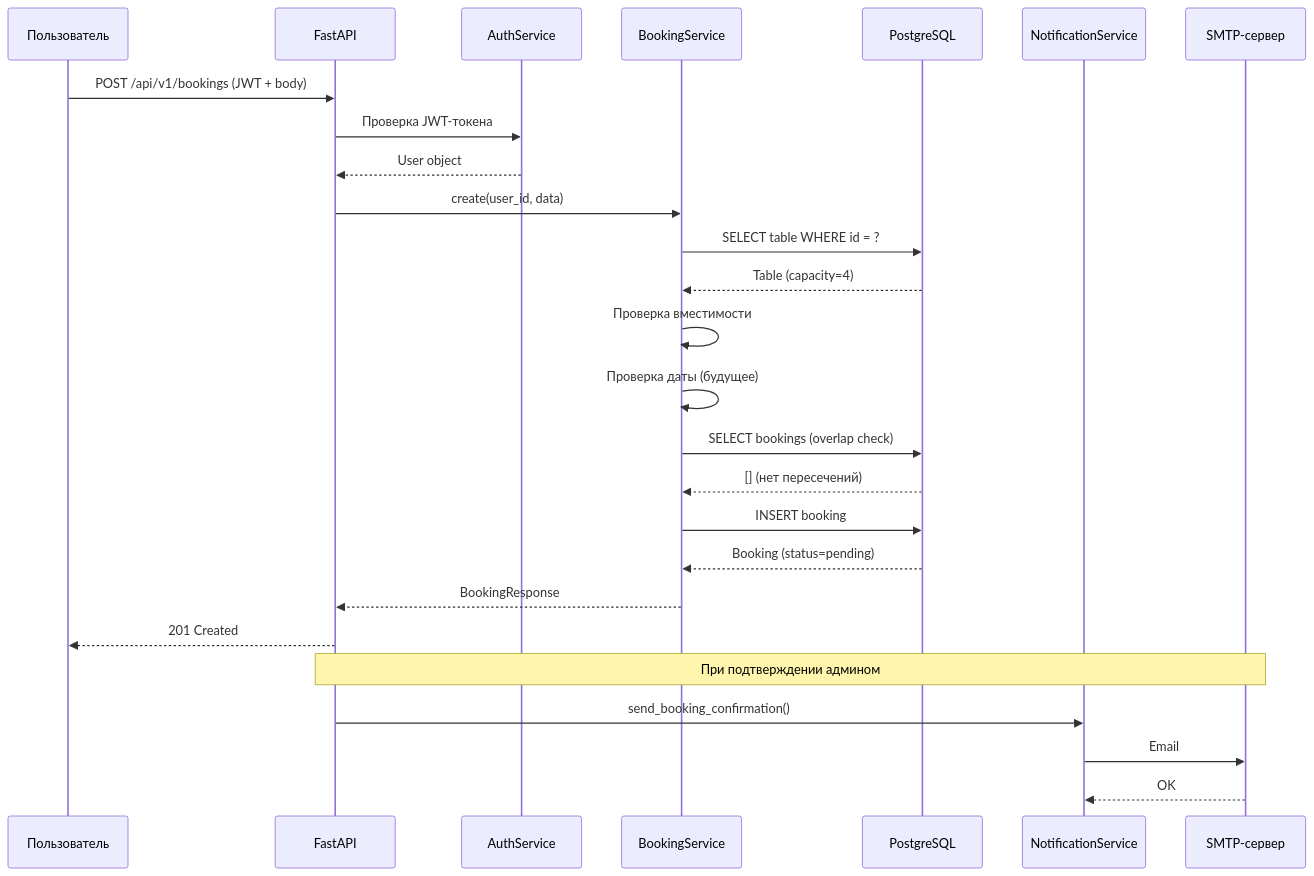
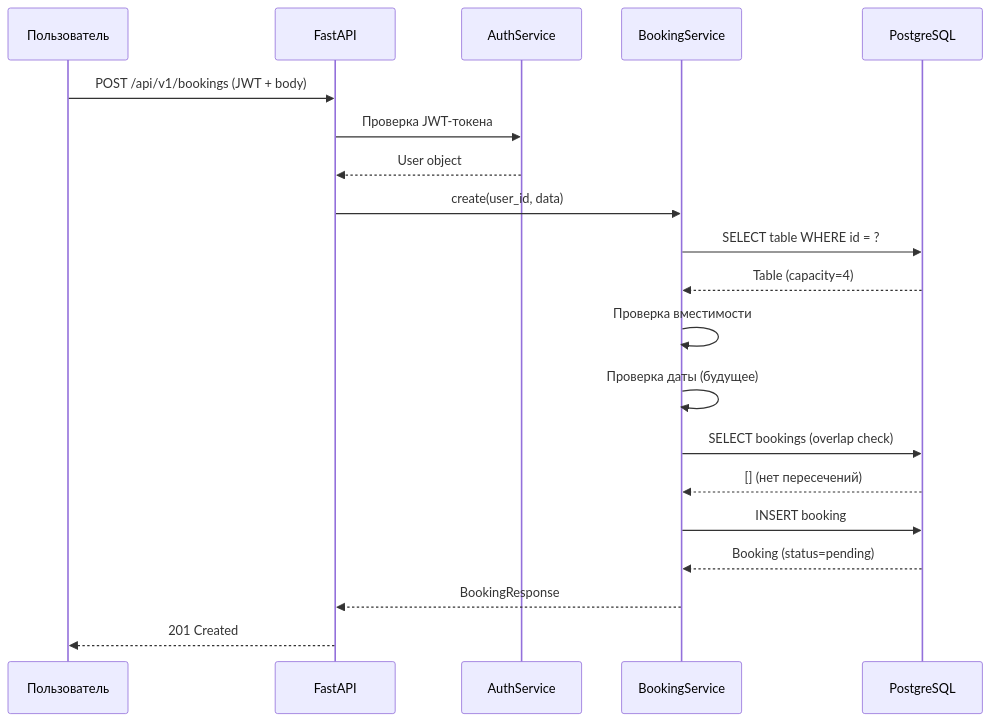
Before and after one commit to x3nl1/restaurant-booking-system: the fifth of 6 diagrams in docs/architecture.md, drawn with Mermaid. The commit also changed other lines of this file, not shown here.

Commit message:
fix(docs): replace C4 diagrams with graph syntax, fix component and sequence diagrams

````diff
--- a/docs/architecture.md
+++ b/docs/architecture.md
@@ -149,30 +148,23 @@
 ```mermaid
 sequenceDiagram
     participant U as Пользователь
     participant API as FastAPI
     participant Auth as AuthService
     participant BS as BookingService
     participant DB as PostgreSQL
-    participant NS as NotificationService
-    participant SMTP as SMTP-сервер
 
     U->>API: POST /api/v1/bookings (JWT + body)
     API->>Auth: Проверка JWT-токена
     Auth-->>API: User object
     API->>BS: create(user_id, data)
     BS->>DB: SELECT table WHERE id = ?
     DB-->>BS: Table (capacity=4)
     BS->>BS: Проверка вместимости
     BS->>BS: Проверка даты (будущее)
     BS->>DB: SELECT bookings (overlap check)
     DB-->>BS: [] (нет пересечений)
     BS->>DB: INSERT booking
     DB-->>BS: Booking (status=pending)
     BS-->>API: BookingResponse
     API-->>U: 201 Created
-    
-    Note over API,SMTP: При подтверждении админом
-    API->>NS: send_booking_confirmation()
-    NS->>SMTP: Email
-    SMTP-->>NS: OK
 ```
````
